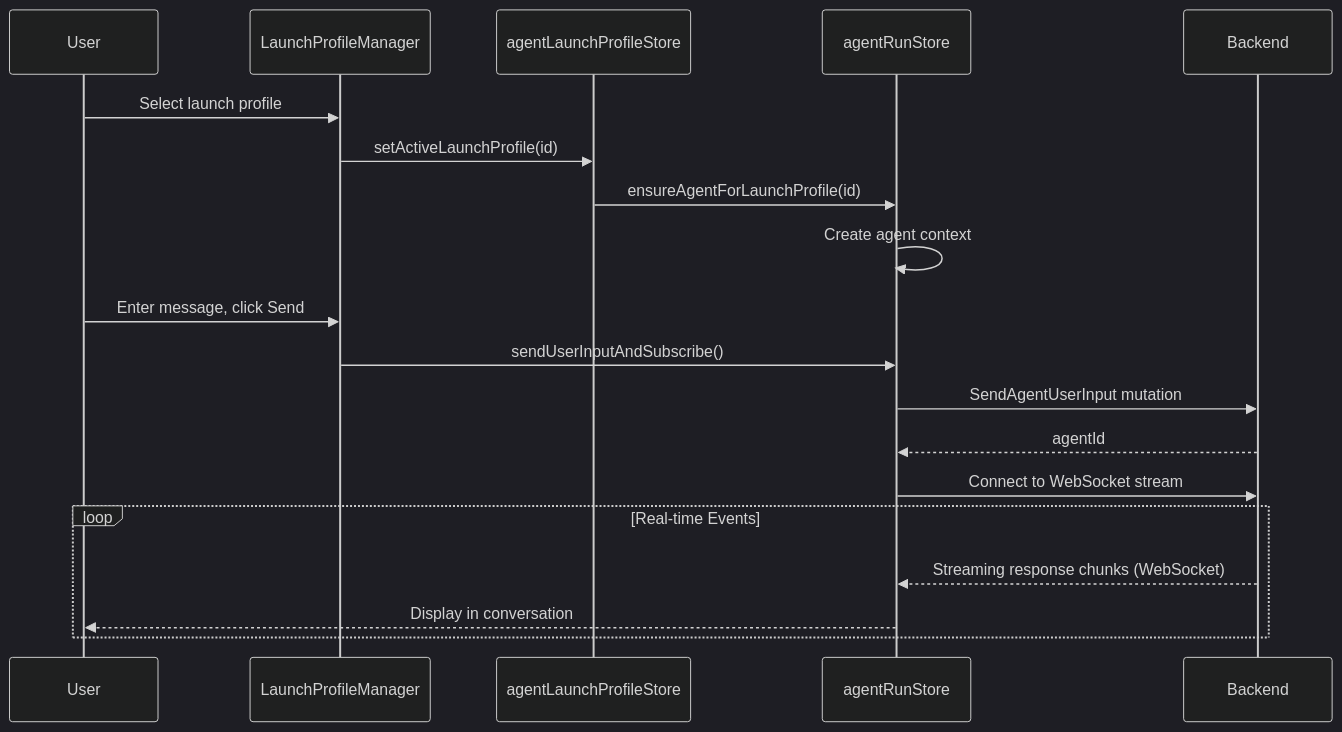
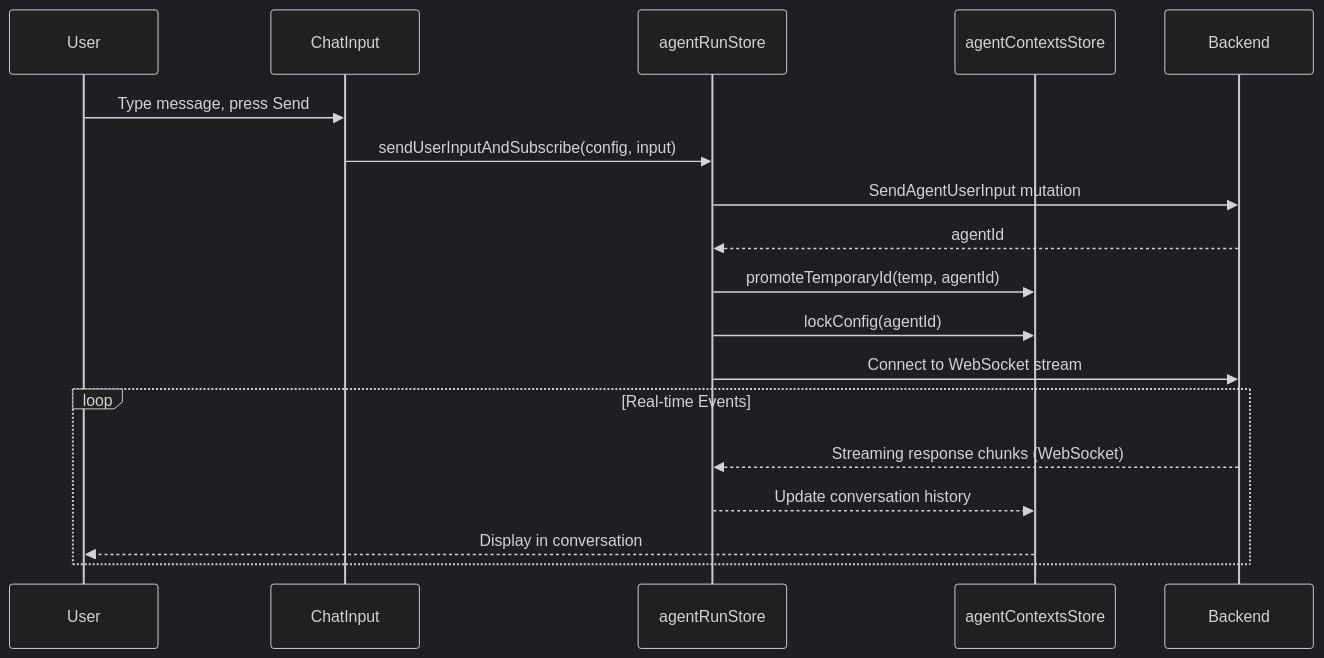
Before and after one commit to AutoByteus/autobyteus-web: the third of 3 diagrams in docs/agent_management.md, drawn with Mermaid (dark theme). The commit also changed other lines of this file and 98 other files, not shown here.

First line of the commit message:
refactor: Replace Agent Launch Profiles with per-instance Run Configs

````diff
--- a/docs/agent_management.md
+++ b/docs/agent_management.md
@@ -306,24 +245,22 @@
 ```mermaid
 sequenceDiagram
     participant User
-    participant ProfileList as LaunchProfileManager
-    participant ProfileStore as agentLaunchProfileStore
+    participant ChatInput
     participant RunStore as agentRunStore
+    participant ContextsStore as agentContextsStore
     participant Backend
 
-    User->>ProfileList: Select launch profile
-    ProfileList->>ProfileStore: setActiveLaunchProfile(id)
-    ProfileStore->>RunStore: ensureAgentForLaunchProfile(id)
-    RunStore->>RunStore: Create agent context
-
-    User->>ProfileList: Enter message, click Send
-    ProfileList->>RunStore: sendUserInputAndSubscribe()
+    User->>ChatInput: Type message, press Send
+    ChatInput->>RunStore: sendUserInputAndSubscribe(config, input)
     RunStore->>Backend: SendAgentUserInput mutation
     Backend-->>RunStore: agentId
+    RunStore->>ContextsStore: promoteTemporaryId(temp, agentId)
+    RunStore->>ContextsStore: lockConfig(agentId)
     RunStore->>Backend: Connect to WebSocket stream
 
     loop Real-time Events
         Backend-->>RunStore: Streaming response chunks (WebSocket)
-        RunStore-->>User: Display in conversation
+        RunStore-->>ContextsStore: Update conversation history
+        ContextsStore-->>User: Display in conversation
     end
 ```
````
